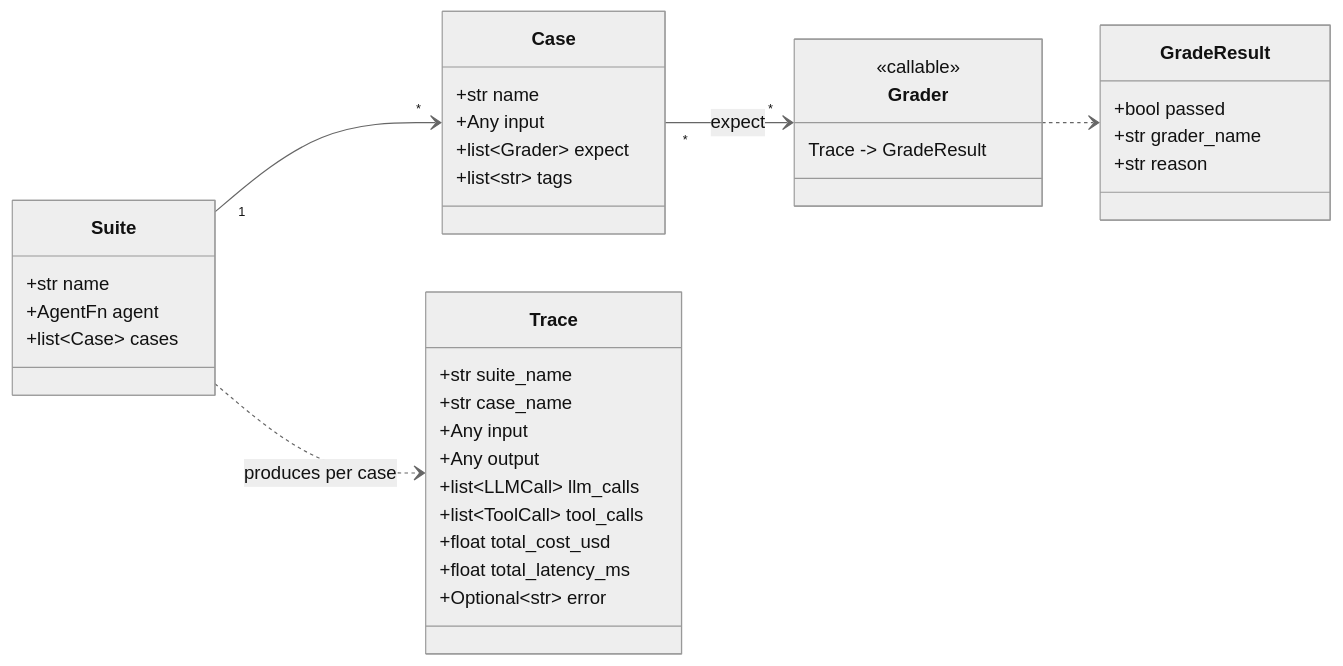
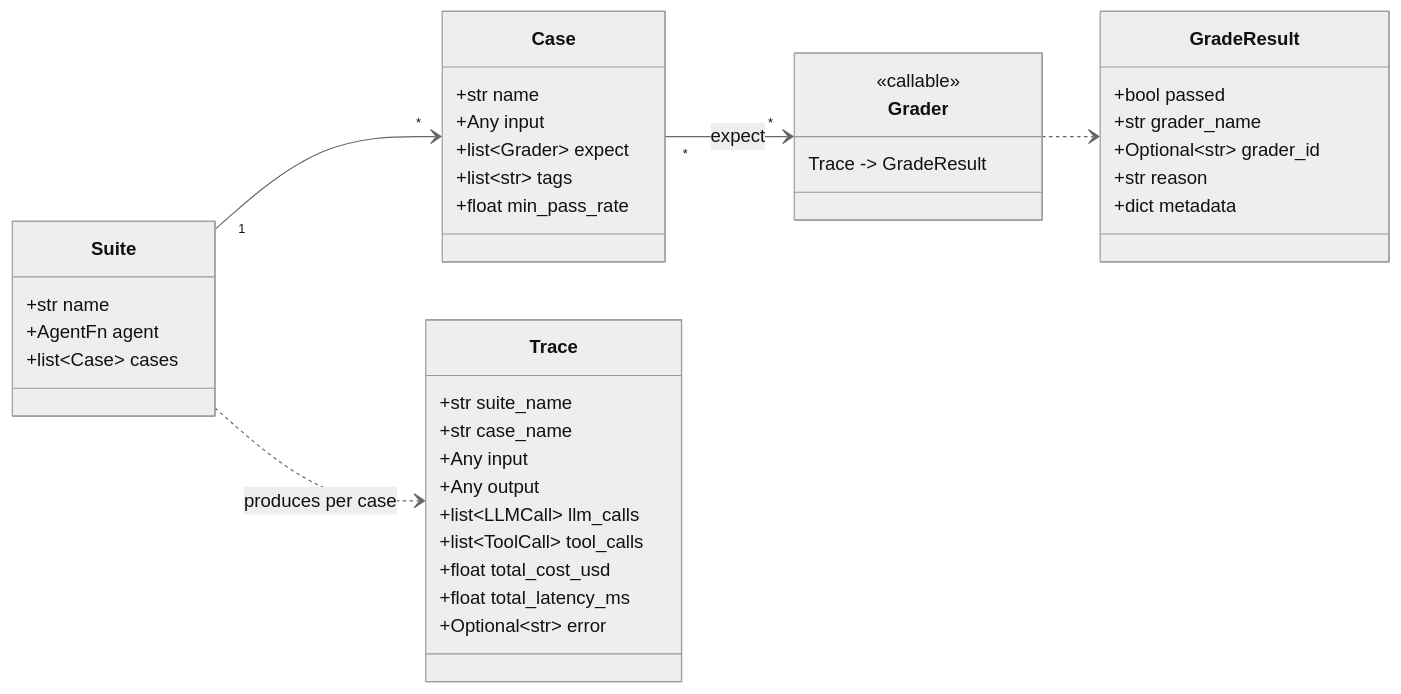
One commit to vnageshwaran-de/agentprdiff changed the first of 2 diagrams in docs-site/docs/concepts.md. Above: the diagram before and after it, drawn with Mermaid (neutral theme). The commit also changed other lines of this file and 25 other files, not shown here.

````diff
--- a/docs-site/docs/concepts.md
+++ b/docs-site/docs/concepts.md
@@ -14,39 +14,42 @@
 ```mermaid
 classDiagram
     direction LR
     class Suite {
         +str name
         +AgentFn agent
         +list~Case~ cases
     }
     class Case {
         +str name
         +Any input
         +list~Grader~ expect
         +list~str~ tags
+        +float min_pass_rate
     }
     class Trace {
         +str suite_name
         +str case_name
         +Any input
         +Any output
         +list~LLMCall~ llm_calls
         +list~ToolCall~ tool_calls
         +float total_cost_usd
         +float total_latency_ms
         +Optional~str~ error
     }
     class Grader {
         <<callable>>
         Trace -> GradeResult
     }
     class GradeResult {
         +bool passed
         +str grader_name
+        +Optional~str~ grader_id
         +str reason
+        +dict metadata
     }
     Suite "1" --> "*" Case
     Case "*" --> "*" Grader : expect
     Suite ..> Trace : produces per case
     Grader ..> GradeResult
 ```
````
